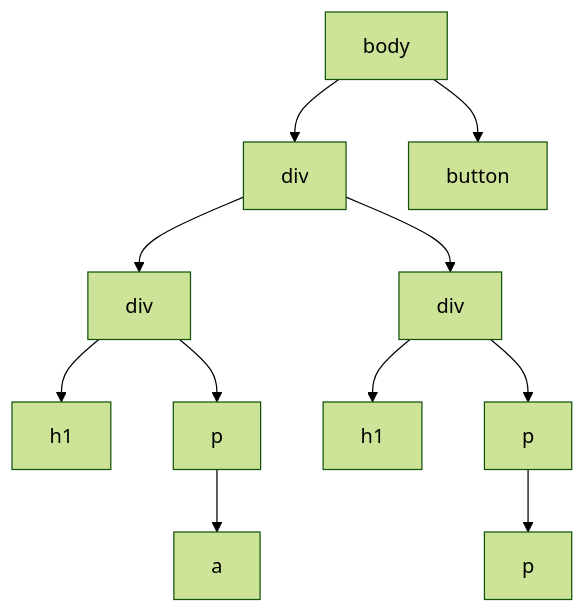
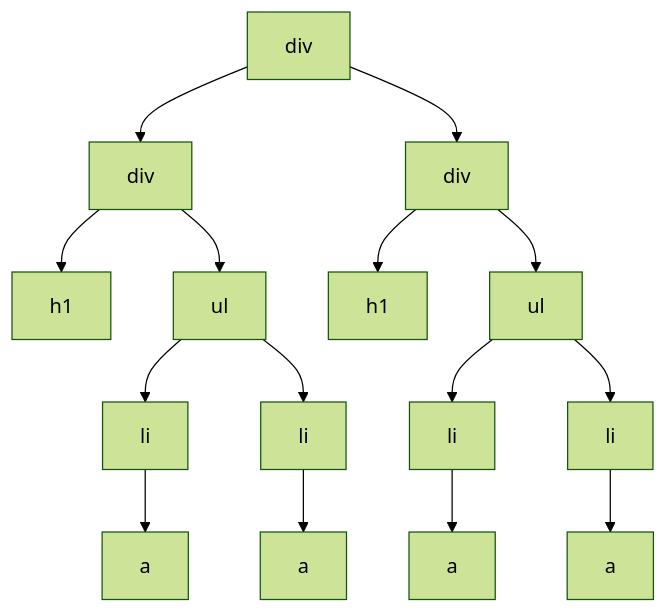
The second of 3 diagrams in slides/2.md (iacobucci/sviluppo_web_in_javascript), drawn with Mermaid before and after one commit. The commit also changed other lines of this file and 14 other files, not shown here.

```diff
--- a/slides/2.md
+++ b/slides/2.md
@@ -108,15 +115,14 @@
-<div class="mermaid">
+<div class="mermaid" style="max-height:25vh;">
 %%{init: {'theme': 'forest', 'mirrorActors': false} }%%
 flowchart TD
-	K[body] --> A
-	K --> J
-	J[button]
 	A[div] --> B[div]
 	A --> C[div]
 	B --> D[h1]
-	B --> E[p]
-	E --> F[a]
-	C --> G[h1]
-	C --> H[p]
-	H --> I[p]
+	B --> E[ul]
+	C --> F[h1]
+	C --> G[ul]
+	E --> H[li] --> L[a]
+	E --> I[li] --> M[a]
+	G --> J[li] --> N[a]
+	G --> K[li] --> O[a]
 </div>
```
